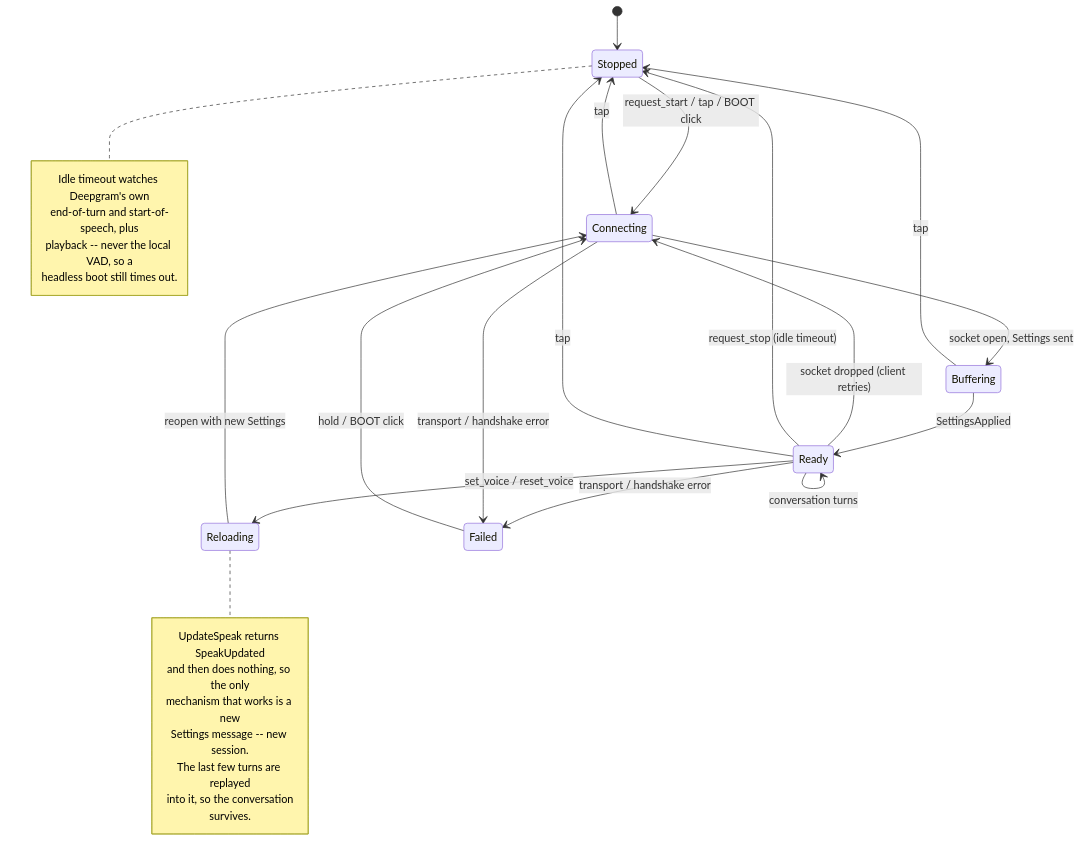
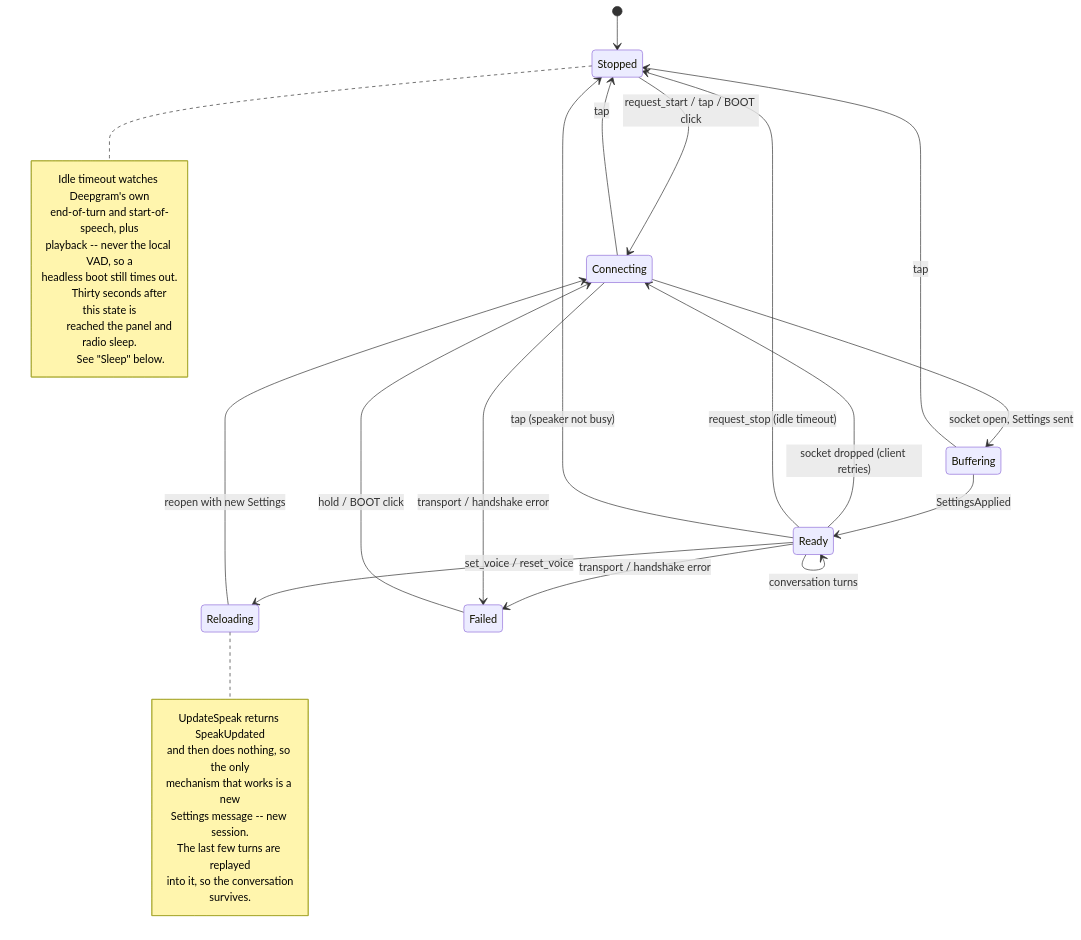
Before and after one commit to dg-edcharbeneau/esp32-deepgram-voice-agent: the third of 9 diagrams in ARCHITECTURE.md, drawn with Mermaid. The commit also changed other lines of this file, not shown here.

Commit message:
updated architecture diagram to reflect new design decisions.

````diff
--- a/ARCHITECTURE.md
+++ b/ARCHITECTURE.md
@@ -127,39 +136,43 @@
 ```mermaid
 stateDiagram-v2
     [*] --> Stopped
 
     Stopped --> Connecting: request_start / tap / BOOT click
     Connecting --> Buffering: socket open, Settings sent
     Buffering --> Ready: SettingsApplied
     Ready --> Ready: conversation turns
     Ready --> Connecting: socket dropped (client retries)
 
     Ready --> Stopped: request_stop (idle timeout)
-    Ready --> Stopped: tap
+    Ready --> Stopped: tap (speaker not busy)
     Buffering --> Stopped: tap
     Connecting --> Stopped: tap
 
     Ready --> Reloading: set_voice / reset_voice
     Reloading --> Connecting: reopen with new Settings
 
     Ready --> Failed: transport / handshake error
     Connecting --> Failed: transport / handshake error
     Failed --> Connecting: hold / BOOT click
 
     note right of Reloading
         UpdateSpeak returns SpeakUpdated
         and then does nothing, so the only
         mechanism that works is a new
         Settings message -- new session.
         The last few turns are replayed
         into it, so the conversation
         survives.
     end note
 
     note right of Stopped
         Idle timeout watches Deepgram's own
         end-of-turn and start-of-speech, plus
         playback -- never the local VAD, so a
         headless boot still times out.
+
+        Thirty seconds after this state is
+        reached the panel and radio sleep.
+        See "Sleep" below.
     end note
 ```
````
